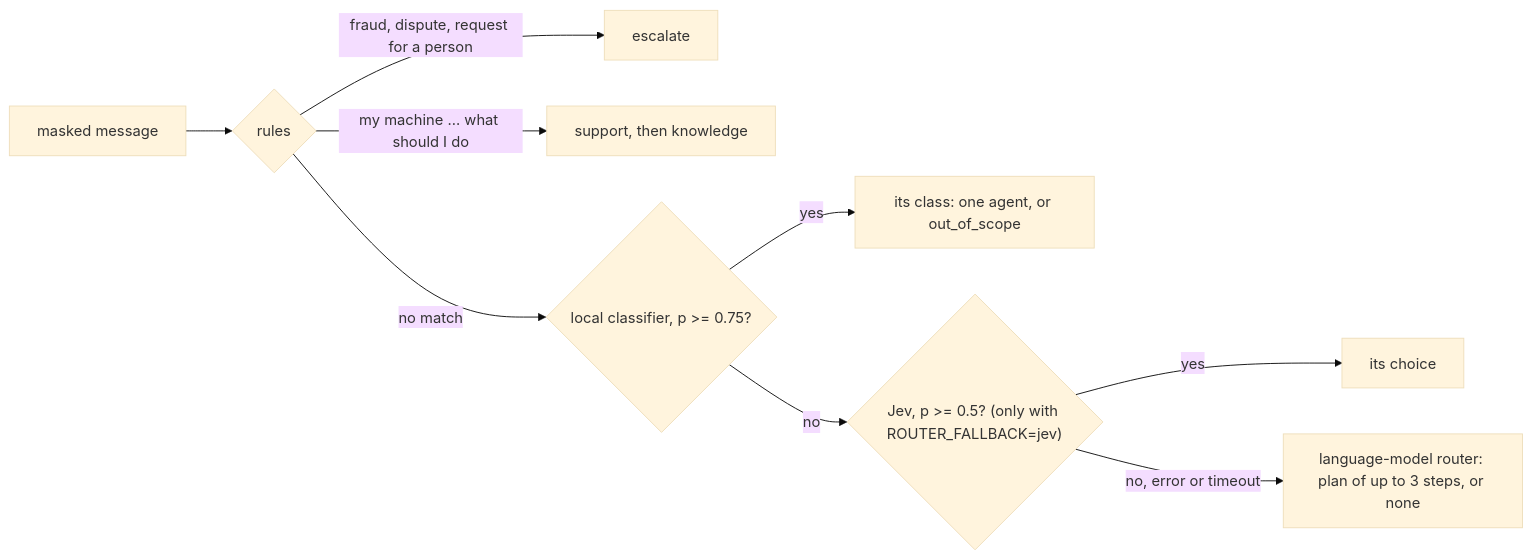
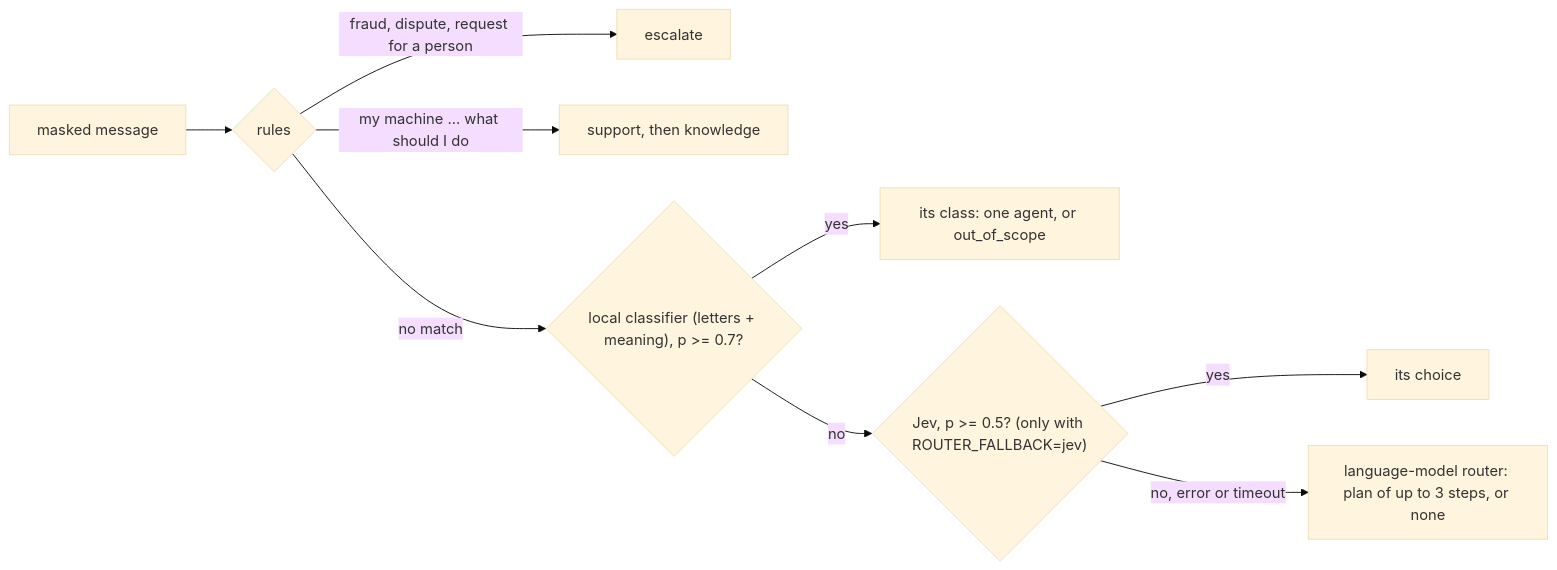
The second of 2 diagrams in docs/architecture.md (dev-dna/getnet-task), drawn with Mermaid (base theme) before and after one commit. The commit also changed 19 other files, not shown here.

````diff
--- a/docs/architecture.md
+++ b/docs/architecture.md
@@ -38,11 +38,11 @@
 ```mermaid
 flowchart LR
     MSG["masked message"] --> R1{"rules"}
     R1 -- "fraud, dispute, request for a person" --> ESC["escalate"]
     R1 -- "my machine ... what should I do" --> SK["support, then knowledge"]
-    R1 -- "no match" --> CLF{"local classifier, p >= 0.75?"}
+    R1 -- "no match" --> CLF{"local classifier (letters + meaning), p >= 0.7?"}
     CLF -- yes --> C1["its class: one agent, or out_of_scope"]
     CLF -- no --> JEV{"Jev, p >= 0.5? (only with ROUTER_FALLBACK=jev)"}
     JEV -- yes --> J1["its choice"]
     JEV -- "no, error or timeout" --> LLM["language-model router: plan of up to 3 steps, or none"]
 ```
````
